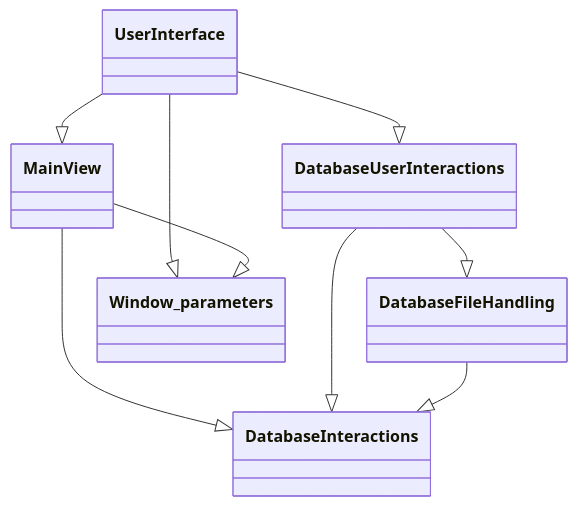
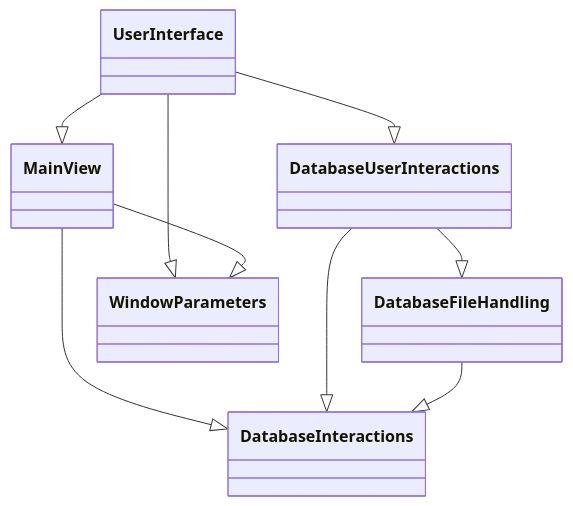
Before and after one commit to platipus82/ot-harjoitustyo: the diagram in dokumentaatio/luokkakaavio_nodetail.MD, drawn with Mermaid.

````diff
--- a/dokumentaatio/luokkakaavio_nodetail.MD
+++ b/dokumentaatio/luokkakaavio_nodetail.MD
@@ -1,18 +1,18 @@
 ```mermaid
 classDiagram
     class UserInterface
     class MainView
     class DatabaseUserInteractions
     class DatabaseInteractions
     class DatabaseFileHandling
-    class Window_parameters
+    class WindowParameters
 
     UserInterface --|> MainView
     UserInterface --|> DatabaseUserInteractions
     MainView --|> DatabaseInteractions
     DatabaseUserInteractions --|> DatabaseInteractions
     DatabaseFileHandling --|> DatabaseInteractions
     DatabaseUserInteractions --|> DatabaseFileHandling
-    UserInterface --|> Window_parameters
-    MainView --|> Window_parameters
+    UserInterface --|> WindowParameters
+    MainView --|> WindowParameters
 ```
````
